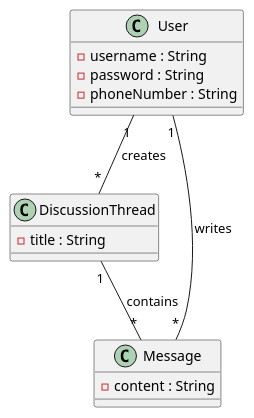
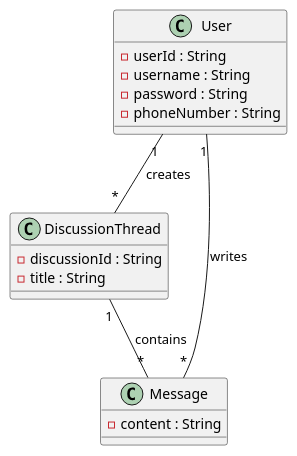
Before and after one commit to damienlhp/uJay: the diagram in README.md, drawn with PlantUML.

Commit message:
Ajout des attributs pour l'identification unique de certaine instance

````diff
--- a/README.md
+++ b/README.md
@@ -28,23 +28,25 @@
 ```plantuml
 @startuml
 
 class User {
+    - userId : String
     - username : String
     - password : String
     - phoneNumber : String
 }
 
 class DiscussionThread {
+    - discussionId : String
     - title : String
 }
 
 class Message {
     - content : String
 }
 
 User "1" -- "*" DiscussionThread : creates
 User "1" -- "*" Message : writes
 DiscussionThread "1" -- "*" Message : contains
 
 @enduml
 ```
````
